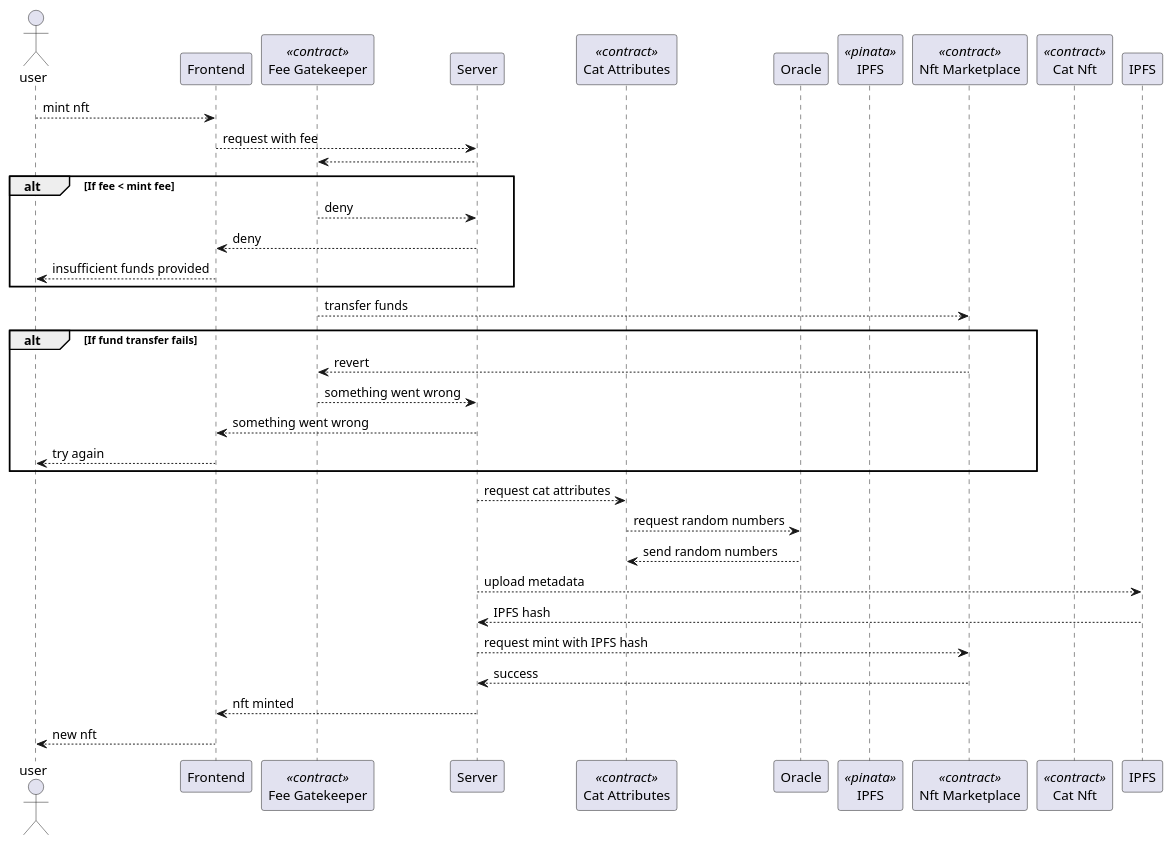
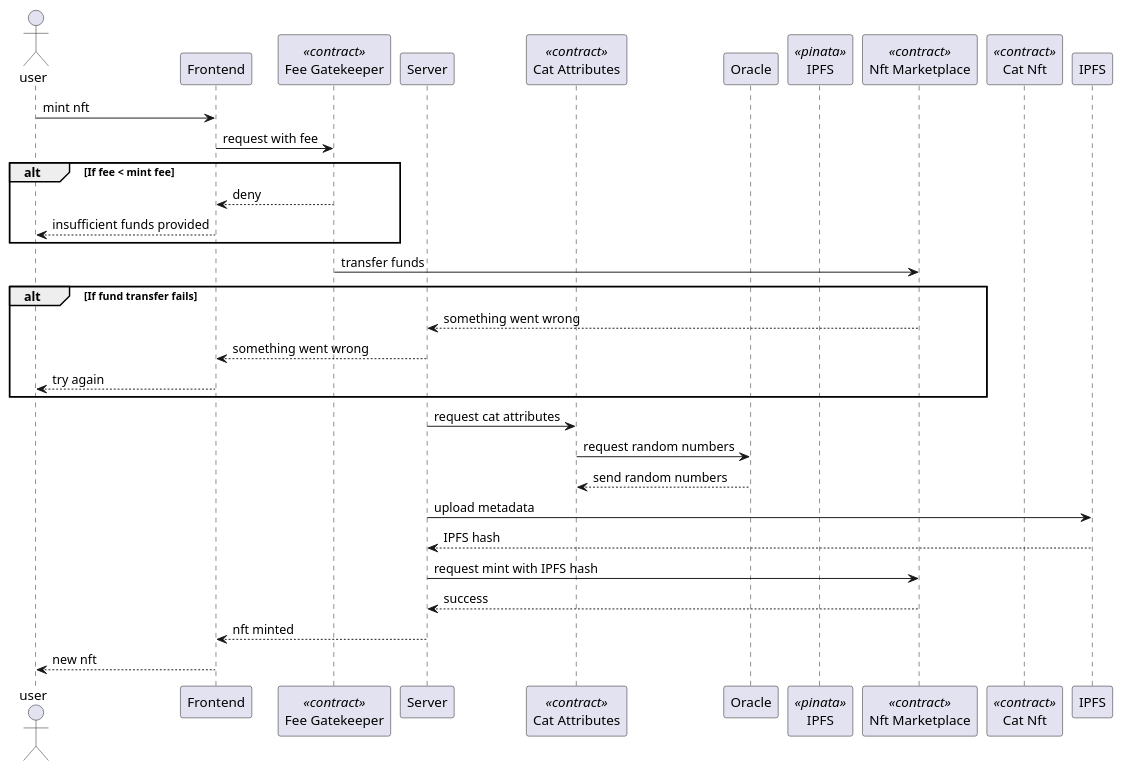
The diagram in docs/backend_heavy_sequence_diagram.md (tmpoe/soa-nft-marketplace), drawn with PlantUML before and after one commit. The commit also changed 2 other files, not shown here.

Commit message:
Make out lines solid in backend heavy doc

````diff
--- a/docs/backend_heavy_sequence_diagram.md
+++ b/docs/backend_heavy_sequence_diagram.md
@@ -1,47 +1,44 @@
 ```plantuml
 @startuml
 actor user
 participant Frontend as frontend
 participant "Fee Gatekeeper" as fee_gatekeeper <<contract>>
 participant "Server" as server
 participant "Cat Attributes" as cat_attributes <<contract>>
 participant "Oracle" as oracle
 participant "IPFS" as ipfs <<pinata>>
 participant "Nft Marketplace" as nft_marketplace <<contract>>
 participant "Cat Nft" as cat_nft <<contract>>
 
-user --> frontend : mint nft
-frontend --> server : request with fee
-server --> fee_gatekeeper
+user -> frontend : mint nft
+frontend -> fee_gatekeeper : request with fee
 
 alt If fee < mint fee
-    fee_gatekeeper --> server : deny
-    server --> frontend : deny
+    fee_gatekeeper --> frontend : deny
     frontend --> user : insufficient funds provided
 end
 
-fee_gatekeeper --> nft_marketplace : transfer funds
+fee_gatekeeper -> nft_marketplace : transfer funds
 
 alt If fund transfer fails
-    nft_marketplace --> fee_gatekeeper : revert
-    fee_gatekeeper --> server : something went wrong
+    nft_marketplace --> server : something went wrong
     server --> frontend : something went wrong
     frontend --> user : try again
 end
 
-server --> cat_attributes : request cat attributes
-cat_attributes --> oracle : request random numbers
+server -> cat_attributes : request cat attributes
+cat_attributes -> oracle : request random numbers
 oracle --> cat_attributes : send random numbers
 
-server --> IPFS : upload metadata
+server -> IPFS : upload metadata
 IPFS --> server : IPFS hash
 
 ' No error handling here for now
-server --> nft_marketplace : request mint with IPFS hash
+server -> nft_marketplace : request mint with IPFS hash
 nft_marketplace --> server : success
 server --> frontend : nft minted
 frontend --> user : new nft
 
 
 @enduml
 ```
````
